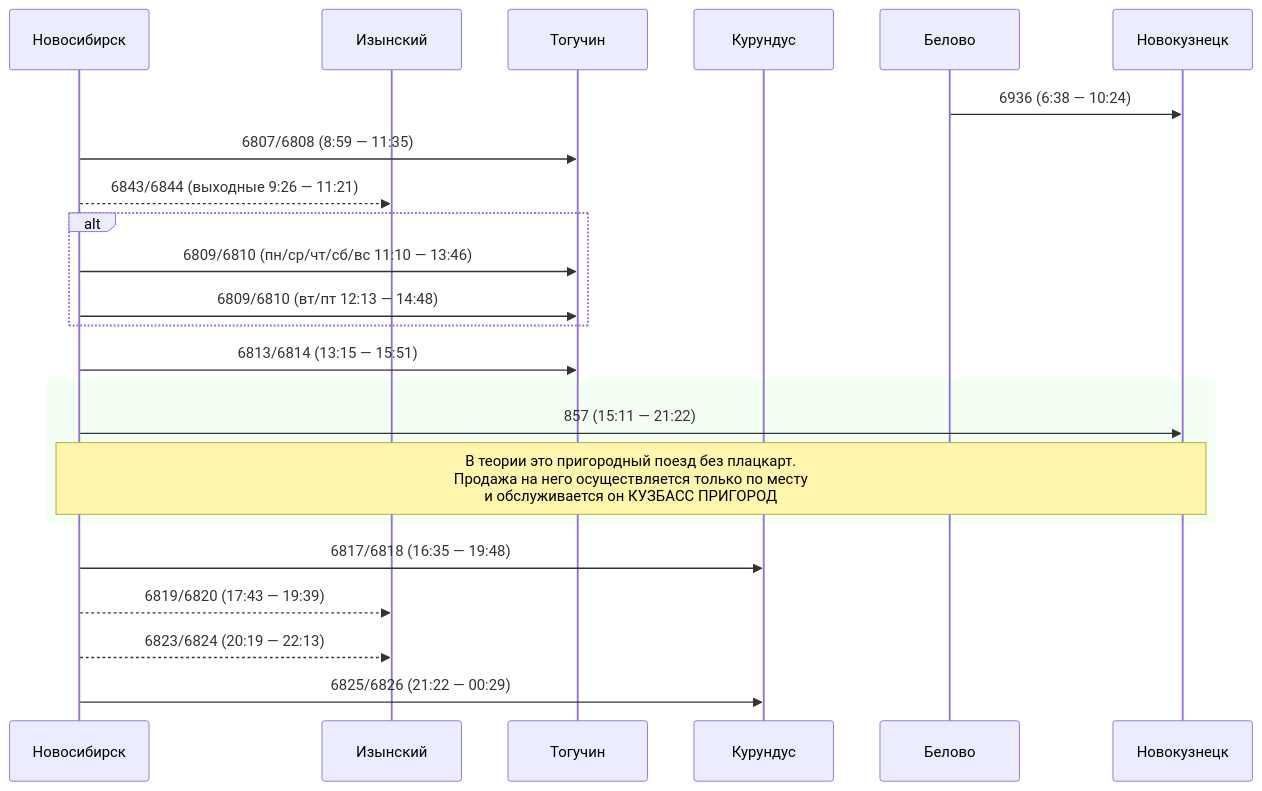
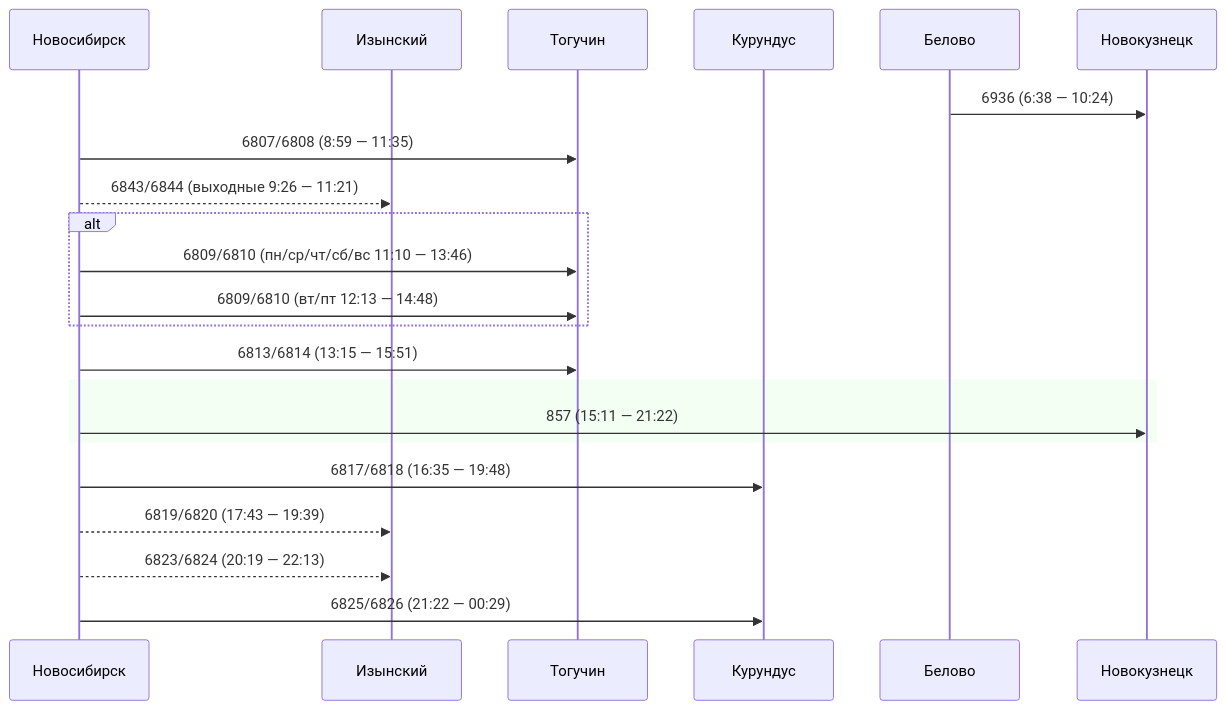
One commit to u0feff/Pezda changed the sixth of 11 diagrams in README.md. Above: the diagram before and after it, drawn with Mermaid. The commit also changed other lines of this file, not shown here.

````diff
--- a/README.md
+++ b/README.md
@@ -277,35 +292,34 @@
 ```mermaid
 sequenceDiagram
     participant Новосибирск
     participant Изынский
     participant Тогучин
     participant Курундус
     participant Белово
     participant Новокузнецк
 
     Белово->>Новокузнецк: 6936 (6:38 — 10:24)
 
     Новосибирск->>Тогучин: 6807/6808 (8:59 — 11:35)
 
     Новосибирск-->>Изынский: 6843/6844 (выходные 9:26 — 11:21)
 
     alt
     Новосибирск->>Тогучин: 6809/6810 (пн/ср/чт/сб/вс 11:10 — 13:46)
     Новосибирск->>Тогучин: 6809/6810 (вт/пт 12:13 — 14:48)
     end
 
     Новосибирск->>Тогучин: 6813/6814 (13:15 — 15:51)
 
     rect rgba(0, 255, 0, 0.05)
     Новосибирск->>Новокузнецк: 857 (15:11 — 21:22)
-    Note over Новосибирск,Новокузнецк: В теории это пригородный поезд без плацкарт.<br>Продажа на него осуществляется только по месту<br>и обслуживается он КУЗБАСС ПРИГОРОД
     end
 
     Новосибирск->>Курундус: 6817/6818 (16:35 — 19:48)
 
     Новосибирск-->>Изынский: 6819/6820 (17:43 — 19:39)
 
     Новосибирск-->>Изынский: 6823/6824 (20:19 — 22:13)
 
     Новосибирск->>Курундус: 6825/6826 (21:22 — 00:29)
 ```
````
